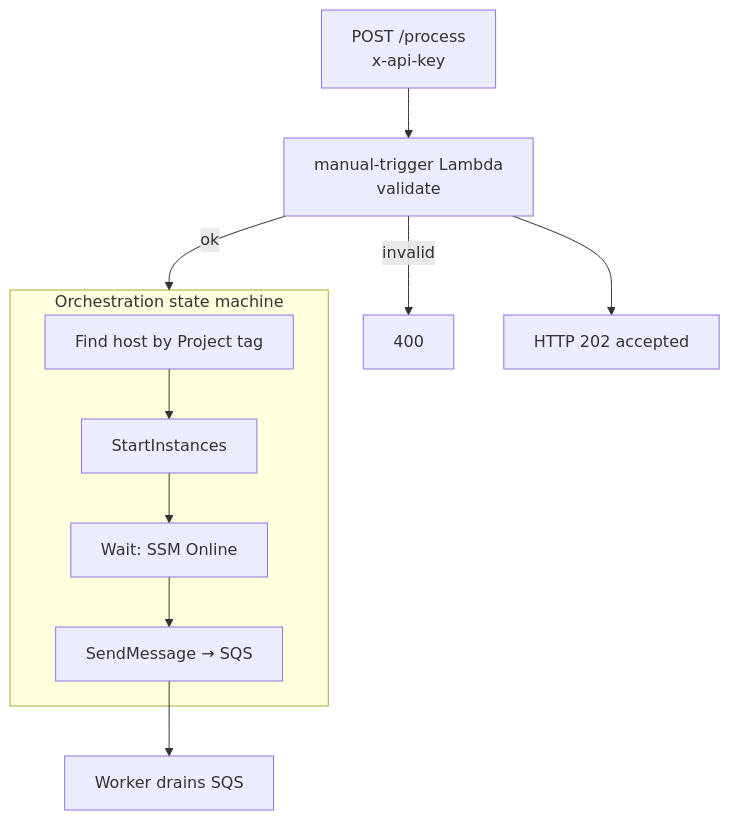
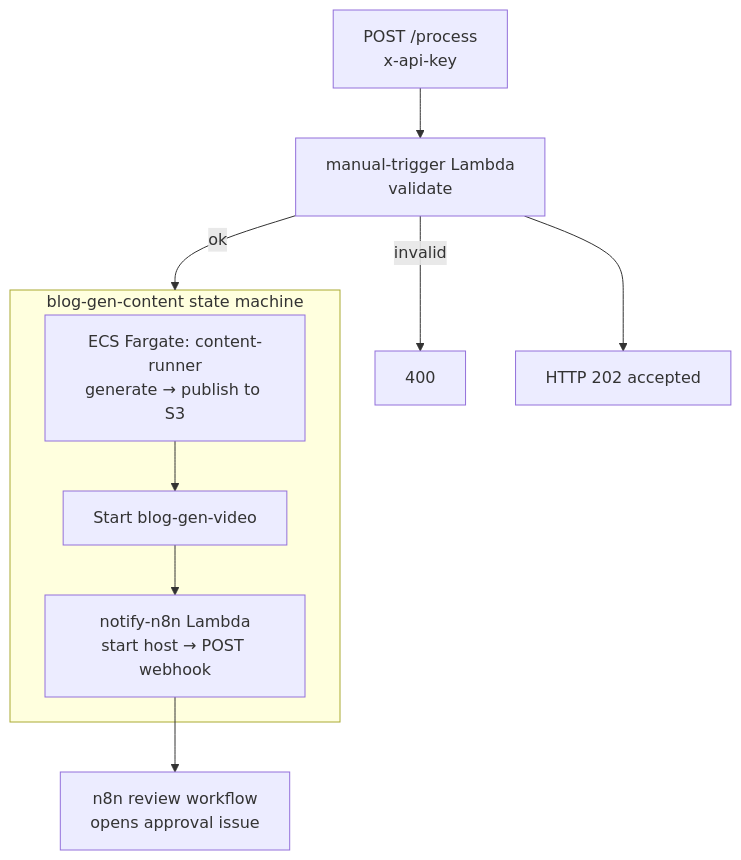
Before and after one commit to teddynted/ai-github-repository-blog-generator: the first of 10 diagrams in docs/workflows.md, drawn with Mermaid. The commit also changed other lines of this file and 2 other files, not shown here.

First line of the commit message:
docs: reflect serverless (Fargate) generation + n8n-owned approval stack (#190)

````diff
--- a/docs/workflows.md
+++ b/docs/workflows.md
@@ -15,13 +17,12 @@
 ```mermaid
 flowchart TB
     C[POST /process<br/>x-api-key] --> LT[manual-trigger Lambda<br/>validate]
     LT -- invalid --> R400[400]
     LT -- ok --> SFN[StartExecution]
     LT --> R202[HTTP 202 accepted]
-    subgraph SFN["Orchestration state machine"]
-        FIND[Find host by Project tag] --> START[StartInstances]
-        START --> WAIT[Wait: SSM Online]
-        WAIT --> ENQ[SendMessage → SQS]
+    subgraph SFN["blog-gen-content state machine"]
+        GEN[ECS Fargate: content-runner<br/>generate → publish to S3] --> VID[Start blog-gen-video]
+        VID --> NTF[notify-n8n Lambda<br/>start host → POST webhook]
     end
-    ENQ --> WK[Worker drains SQS]
+    NTF --> N8N[n8n review workflow<br/>opens approval issue]
 ```
````
